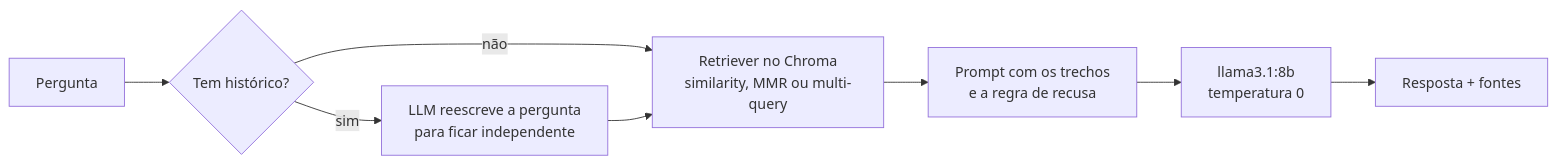
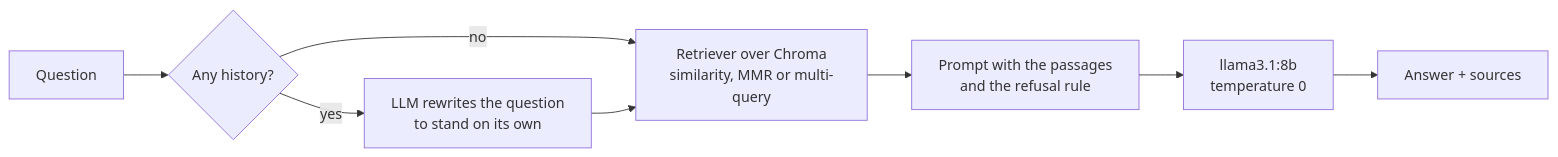
The diagram in README.md (ddmdros/rag-gta), drawn with Mermaid before and after one commit. The commit also changed other lines of this file, not shown here.

````diff
--- a/README.md
+++ b/README.md
@@ -15,10 +15,10 @@
 ```mermaid
 flowchart LR
-    Q[Pergunta] --> H{Tem histórico?}
-    H -->|sim| C[LLM reescreve a pergunta<br/>para ficar independente]
-    H -->|não| R
-    C --> R[Retriever no Chroma<br/>similarity, MMR ou multi-query]
-    R --> P[Prompt com os trechos<br/>e a regra de recusa]
-    P --> L[llama3.1:8b<br/>temperatura 0]
-    L --> A[Resposta + fontes]
+    Q[Question] --> H{Any history?}
+    H -->|yes| C[LLM rewrites the question<br/>to stand on its own]
+    H -->|no| R
+    C --> R[Retriever over Chroma<br/>similarity, MMR or multi-query]
+    R --> P[Prompt with the passages<br/>and the refusal rule]
+    P --> L[llama3.1:8b<br/>temperature 0]
+    L --> A[Answer + sources]
 ```
````
